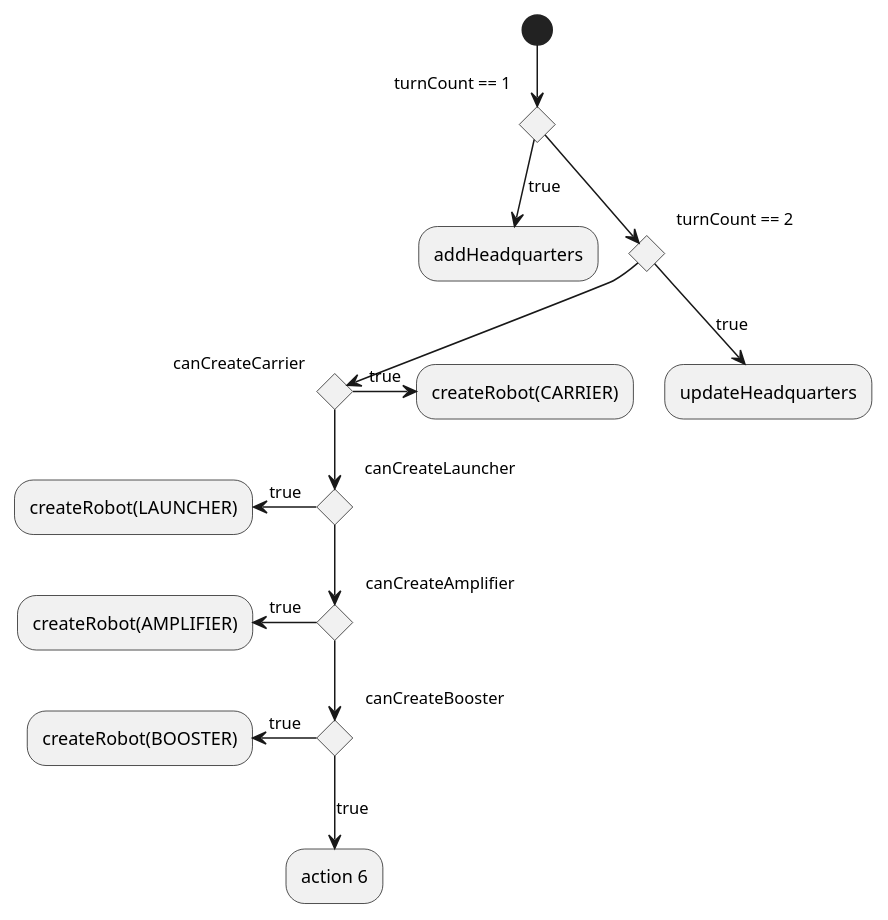
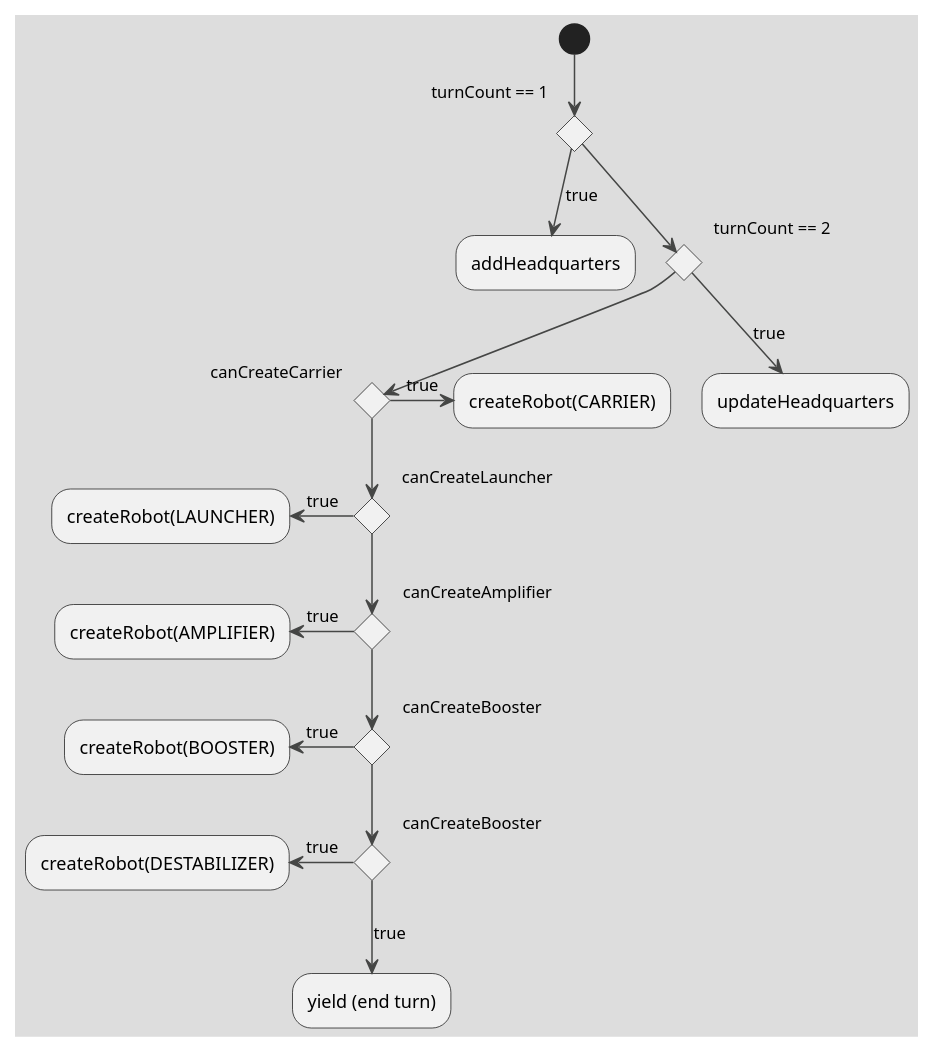
Before and after one commit to coding-to-music/plantuml-diagram-examples: the diagram in drawings/Headquarters-Strategy.puml, drawn with PlantUML. The commit also changed 1 other file, not shown here.

```diff
--- a/drawings/Headquarters-Strategy.puml
+++ b/drawings/Headquarters-Strategy.puml
@@ -1,39 +1,44 @@
 @startuml "Headquarters-Strategy"
+
+!theme toy 
+
 (*) --> if "turnCount == 1" then
-
   -->[true] "addHeadquarters" as a1
-
 else
   if "turnCount == 2" then
     -->[true] "updateHeadquarters" as a3
   else
     if "canCreateCarrier" then
       -left->[true] "createRobot(CARRIER)"
     else
       if "canCreateLauncher" then
         -left->[true] "createRobot(LAUNCHER)"
       else
         if "canCreateAmplifier" then
           -left->[true] "createRobot(AMPLIFIER)"
         else
           if "canCreateBooster" then
             -left->[true] "createRobot(BOOSTER)"
           else
-            -->[true] "action 6"
+            if "canCreateBooster" then
+              -left->[true] "createRobot(DESTABILIZER)"
+            else
+              -->[true] "yield (end turn)"
+            endif
           endif
       endif
     endif
   endif
 
 ' else
 
 '   ->[false] "action 2"
 
 endif
 
 ' a3 --> if "last test" then
 '   --> "action 7"
 ' else
 '   -> "action 8"
 ' endif
 @enduml
```
